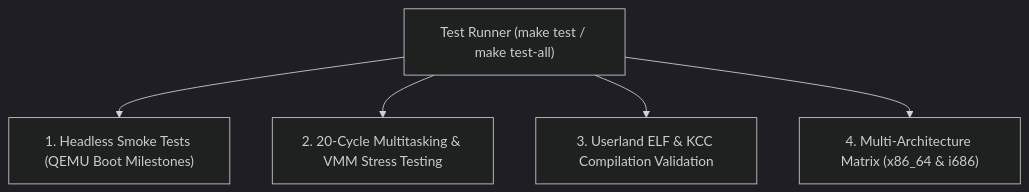
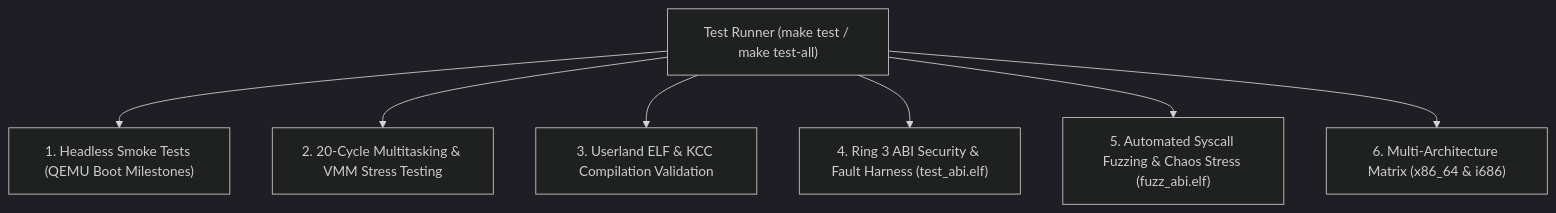
Before and after one commit to mrvlous/keira: the diagram in docs/contributing/verification/testing.md, drawn with Mermaid (dark theme). The commit also changed other lines of this file and 12 other files, not shown here.

Commit message:
docs: synchronize system documentation, architecture runbooks and style standards

````diff
--- a/docs/contributing/verification/testing.md
+++ b/docs/contributing/verification/testing.md
@@ -11,7 +11,9 @@
 ```mermaid
 graph TD
     TestRunner["Test Runner (make test / make test-all)"] --> Smoke["1. Headless Smoke Tests (QEMU Boot Milestones)"]
     TestRunner --> Stress["2. 20-Cycle Multitasking & VMM Stress Testing"]
     TestRunner --> Userland["3. Userland ELF & KCC Compilation Validation"]
-    TestRunner --> MultiArch["4. Multi-Architecture Matrix (x86_64 & i686)"]
+    TestRunner --> ABITest["4. Ring 3 ABI Security & Fault Harness (test_abi.elf)"]
+    TestRunner --> FuzzABI["5. Automated Syscall Fuzzing & Chaos Stress (fuzz_abi.elf)"]
+    TestRunner --> MultiArch["6. Multi-Architecture Matrix (x86_64 & i686)"]
 ```
````
